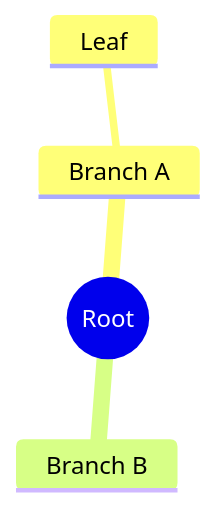
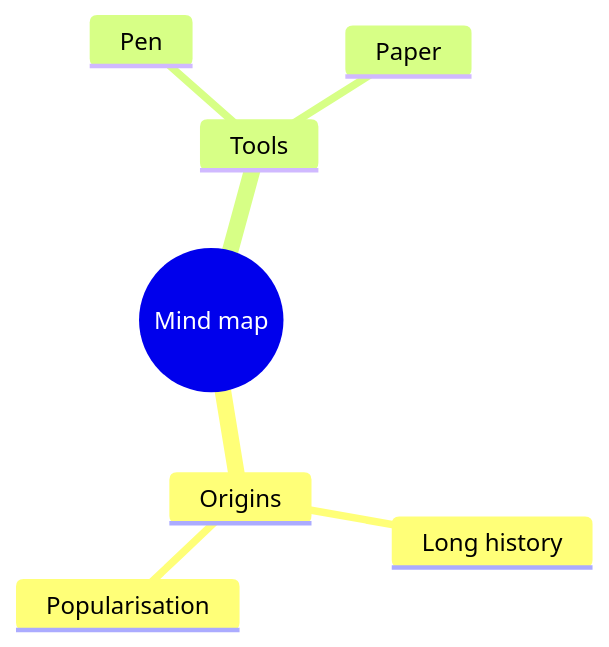
Before and after one commit to shuheykoyama/inkdrop-themes-for-obsidian: diagram 12 of 24 in tests/fixtures/vault/Mermaid.md, drawn with Mermaid. The commit also changed other lines of this file and 17 other files, not shown here.

First line of the commit message:
feat(mermaid): give every diagram type Inkdrop's colours

````diff
--- a/tests/fixtures/vault/Mermaid.md
+++ b/tests/fixtures/vault/Mermaid.md
@@ -131,7 +171,10 @@
 ```mermaid
 mindmap
-  root((Root))
-    Branch A
-      Leaf
-    Branch B
+  root((Mind map))
+    Origins
+      Long history
+      Popularisation
+    Tools
+      Pen
+      Paper
 ```
````
